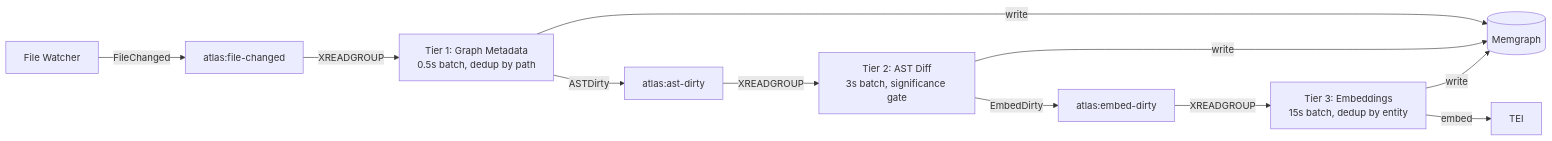
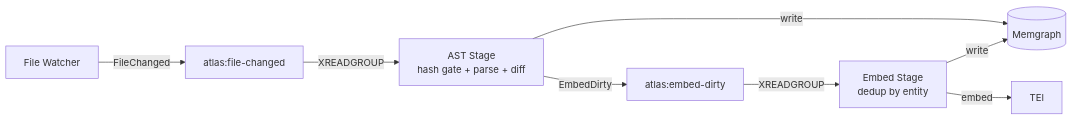
Before and after one commit to SerPeter/code-atlas: the second of 3 diagrams in docs/architecture.md, drawn with Mermaid. The commit also changed other lines of this file and 20 other files, not shown here.

First line of the commit message:
refactor(indexing): eliminate Tier 1, add hash gate & cooldown, rename to AST/Embed (#9)

````diff
--- a/docs/architecture.md
+++ b/docs/architecture.md
@@ -117,13 +113,10 @@
 ```mermaid
 graph LR
     FW[File Watcher] -->|FileChanged| S1[atlas:file-changed]
-    S1 -->|XREADGROUP| T1[Tier 1: Graph Metadata<br/>0.5s batch, dedup by path]
-    T1 -->|ASTDirty| S2[atlas:ast-dirty]
-    S2 -->|XREADGROUP| T2[Tier 2: AST Diff<br/>3s batch, significance gate]
-    T2 -->|EmbedDirty| S3[atlas:embed-dirty]
-    S3 -->|XREADGROUP| T3[Tier 3: Embeddings<br/>15s batch, dedup by entity]
-    T1 -->|write| MG[(Memgraph)]
-    T2 -->|write| MG
-    T3 -->|write| MG
-    T3 -->|embed| TEI[TEI]
+    S1 -->|XREADGROUP| AST[AST Stage<br/>hash gate + parse + diff]
+    AST -->|EmbedDirty| S2[atlas:embed-dirty]
+    S2 -->|XREADGROUP| EMB[Embed Stage<br/>dedup by entity]
+    AST -->|write| MG[(Memgraph)]
+    EMB -->|write| MG
+    EMB -->|embed| TEI[TEI]
 ```
````
